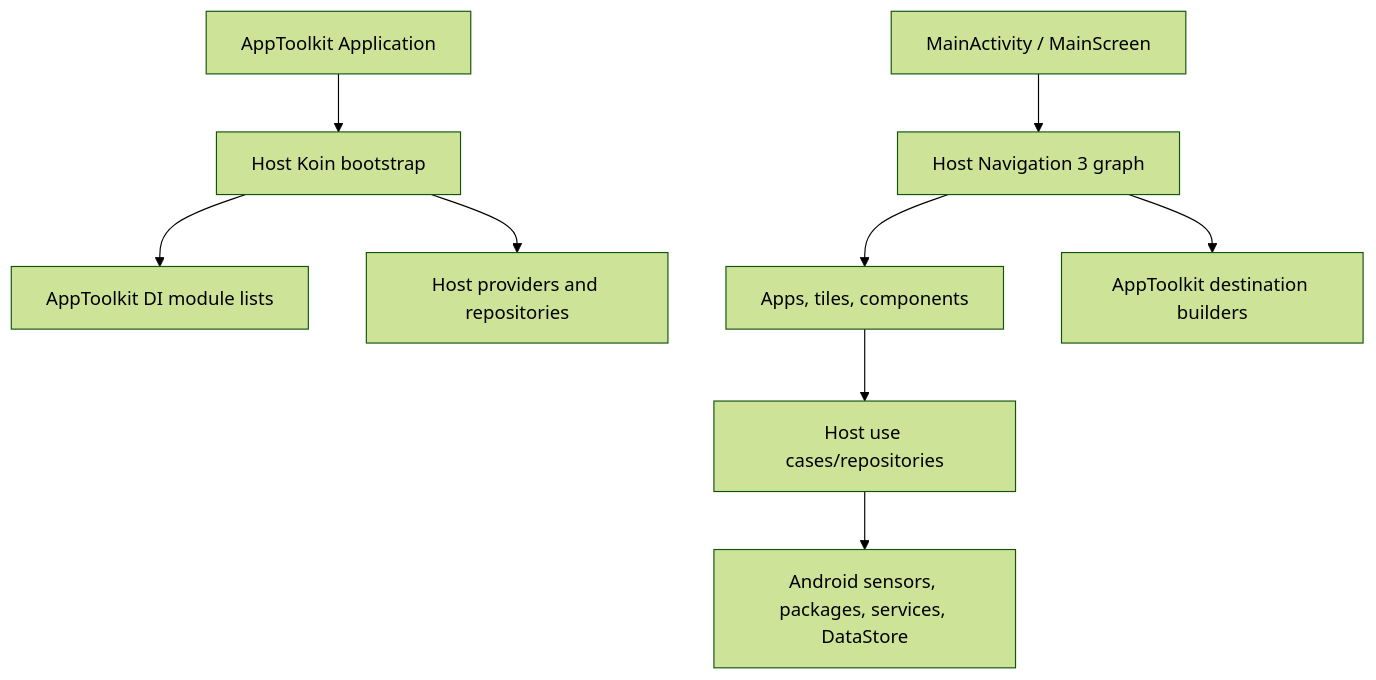
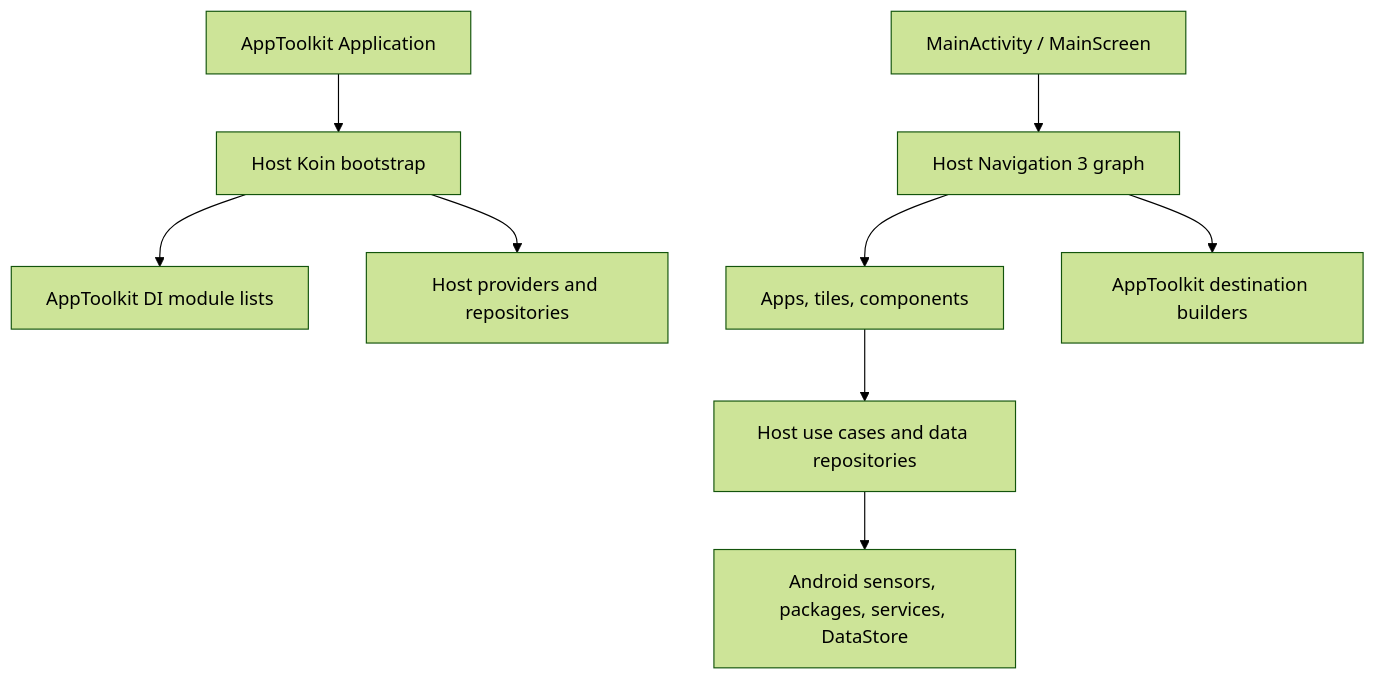
One commit to MihaiCristianCondrea/App-Toolkit-for-Android changed the diagram in sample/README.md. Above: the diagram before and after it, drawn with Mermaid (forest theme). The commit also changed other lines of this file and 247 other files, not shown here.

Commit message:
improved architecture to follow google more closer

````diff
--- a/sample/README.md
+++ b/sample/README.md
@@ -35,11 +35,11 @@
 ```mermaid
 flowchart TD
     App[AppToolkit Application] --> Koin[Host Koin bootstrap]
     Koin --> Facade[AppToolkit DI module lists]
     Koin --> HostBindings[Host providers and repositories]
     Main[MainActivity / MainScreen] --> Nav[Host Navigation 3 graph]
     Nav --> HostFeatures[Apps, tiles, components]
     Nav --> ToolkitBuilders[AppToolkit destination builders]
-    HostFeatures --> Domain[Host use cases/repositories]
-    Domain --> Android[Android sensors, packages, services, DataStore]
+    HostFeatures --> Logic[Host use cases and data repositories]
+    Logic --> Android[Android sensors, packages, services, DataStore]
 ```
````
